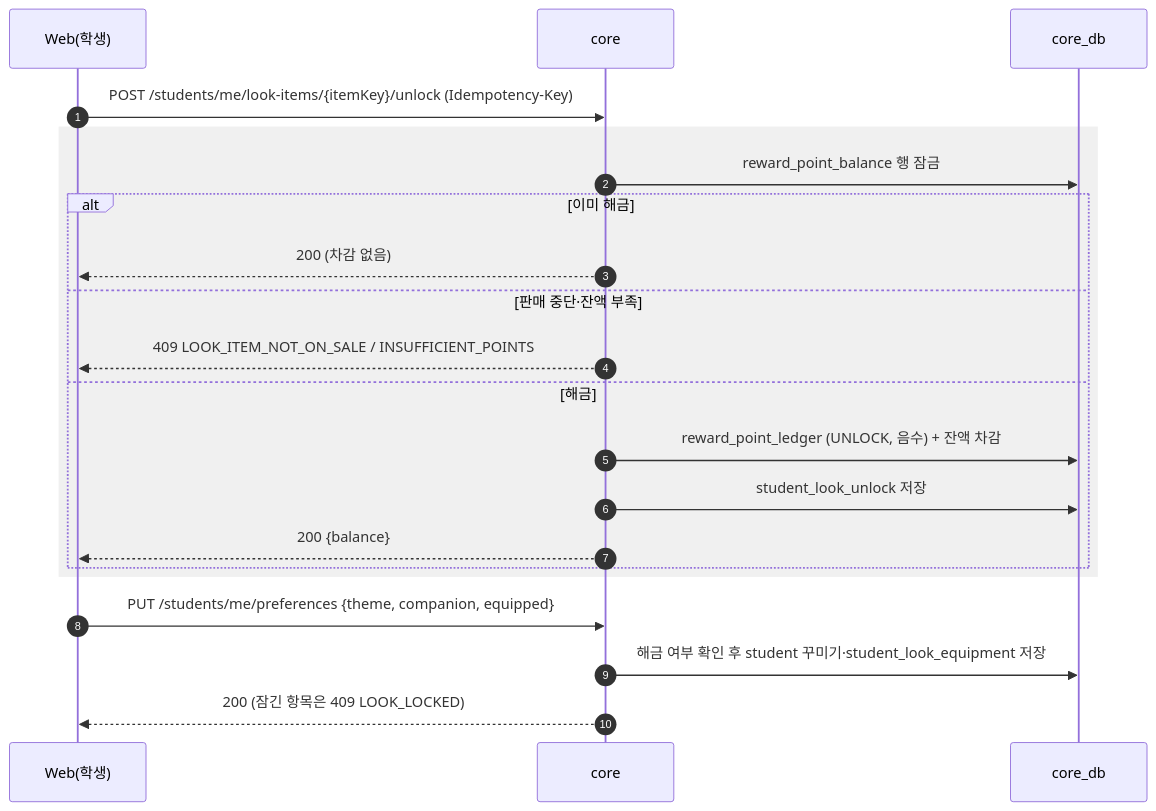
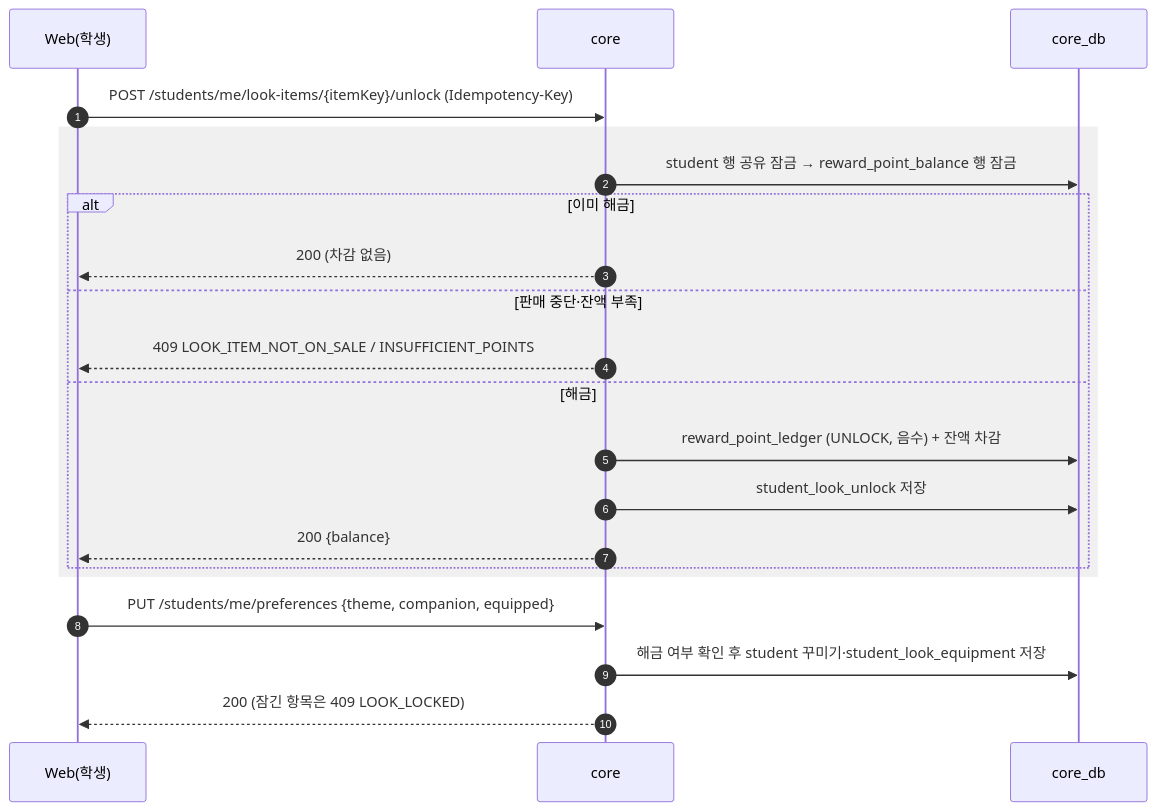
Before and after one commit to SKNETWORKS-FAMILY-AICAMP/SKN34-FINAL-3TEAM: the tenth of 33 diagrams in docs/design/sequence-diagram.md, drawn with Mermaid. The commit also changed other lines of this file and 28 other files, not shown here.

````diff
--- a/docs/design/sequence-diagram.md
+++ b/docs/design/sequence-diagram.md
@@ -325,24 +325,24 @@
 ```mermaid
 sequenceDiagram
   autonumber
   participant W as Web(학생)
   participant C as core
   participant CDB as core_db
 
   W->>C: POST /students/me/look-items/{itemKey}/unlock (Idempotency-Key)
   rect rgba(128,128,128,0.12)
-    C->>CDB: reward_point_balance 행 잠금
+    C->>CDB: student 행 공유 잠금 → reward_point_balance 행 잠금
     alt 이미 해금
       C-->>W: 200 (차감 없음)
     else 판매 중단·잔액 부족
       C-->>W: 409 LOOK_ITEM_NOT_ON_SALE / INSUFFICIENT_POINTS
     else 해금
       C->>CDB: reward_point_ledger (UNLOCK, 음수) + 잔액 차감
       C->>CDB: student_look_unlock 저장
       C-->>W: 200 {balance}
     end
   end
   W->>C: PUT /students/me/preferences {theme, companion, equipped}
   C->>CDB: 해금 여부 확인 후 student 꾸미기·student_look_equipment 저장
   C-->>W: 200 (잠긴 항목은 409 LOOK_LOCKED)
 ```
````
